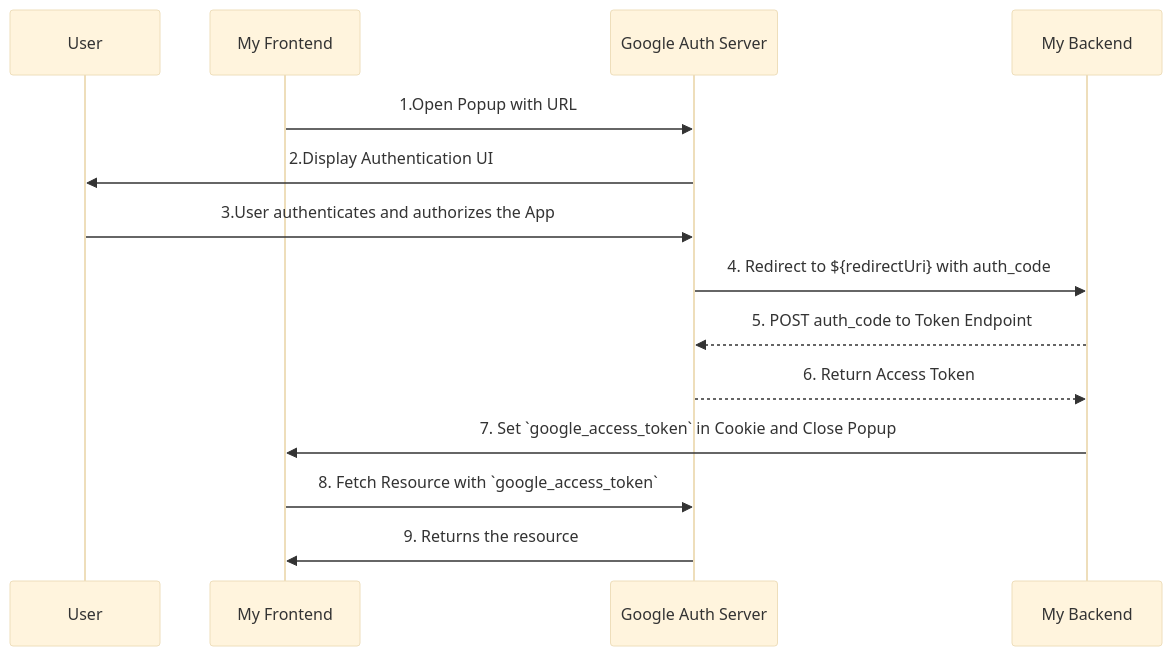
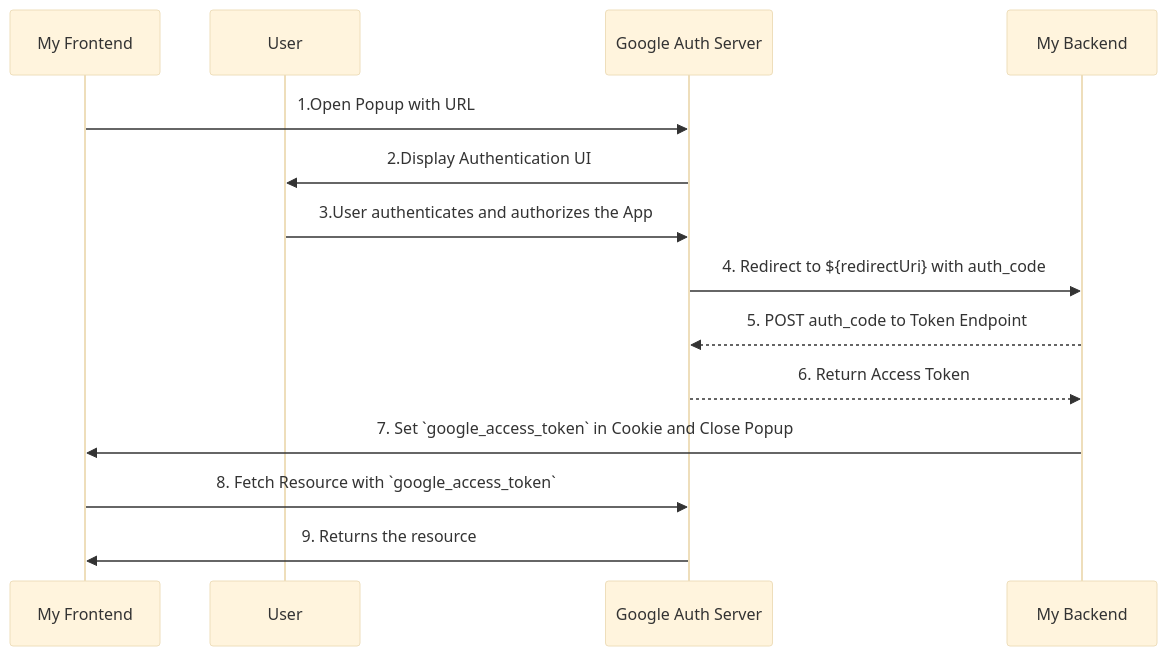
One commit to asgarov1/oauth2-demo changed the diagram in README.md. Above: the diagram before and after it, drawn with Mermaid (base theme). The commit also changed other lines of this file, not shown here.

````diff
--- a/README.md
+++ b/README.md
@@ -53,17 +53,17 @@
 ```mermaid
 sequenceDiagram
+    participant FE as My Frontend
     participant User
-    participant FE as My Frontend
     participant Google as Google Auth Server
     participant BE as My Backend
 
     FE->>Google: 1.Open Popup with URL
     Google->>User: 2.Display Authentication UI
     User->>Google: 3.User authenticates and authorizes the App
     Google->>BE: 4. Redirect to ${redirectUri} with auth_code
     BE-->>Google: 5. POST auth_code to Token Endpoint
     Google-->>BE: 6. Return Access Token
     BE->>FE: 7. Set `google_access_token` in Cookie and Close Popup
     FE->>Google: 8. Fetch Resource with `google_access_token`
     Google->>FE: 9. Returns the resource
 ```
````
